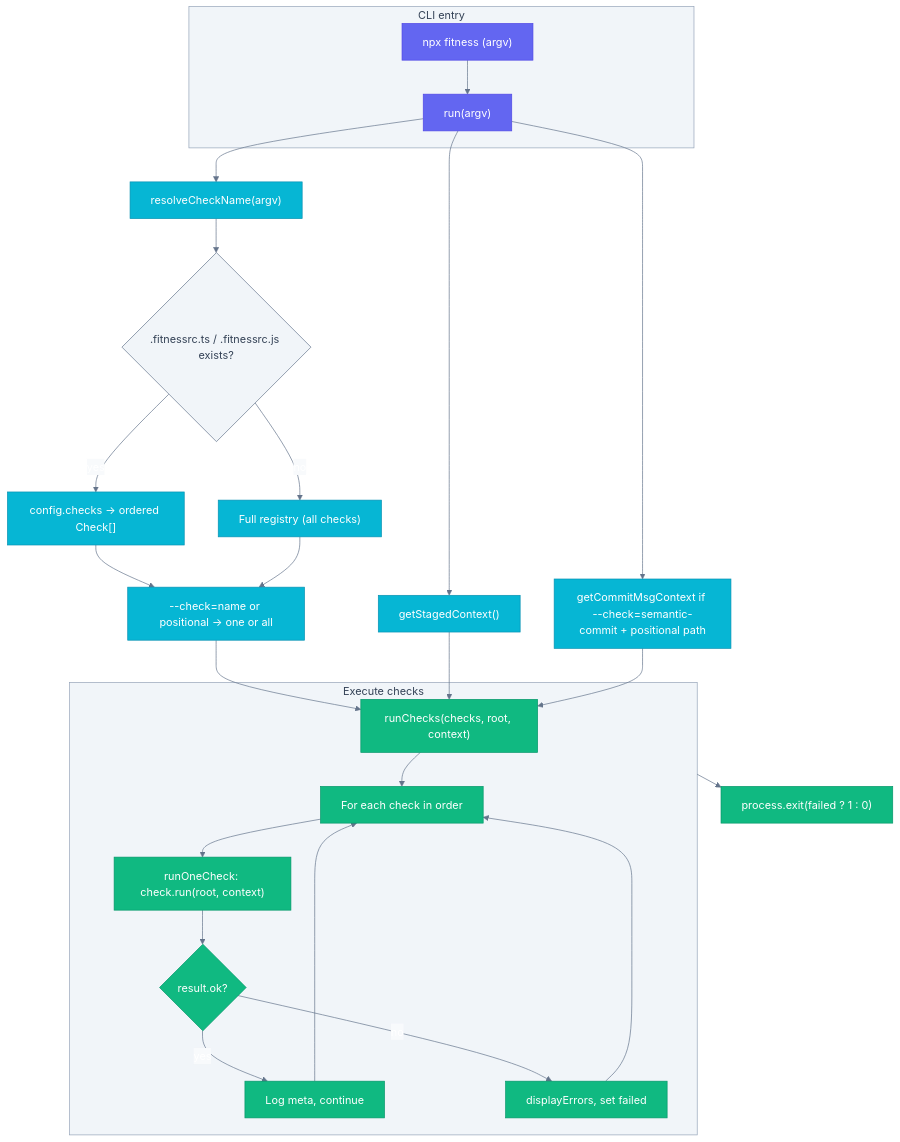
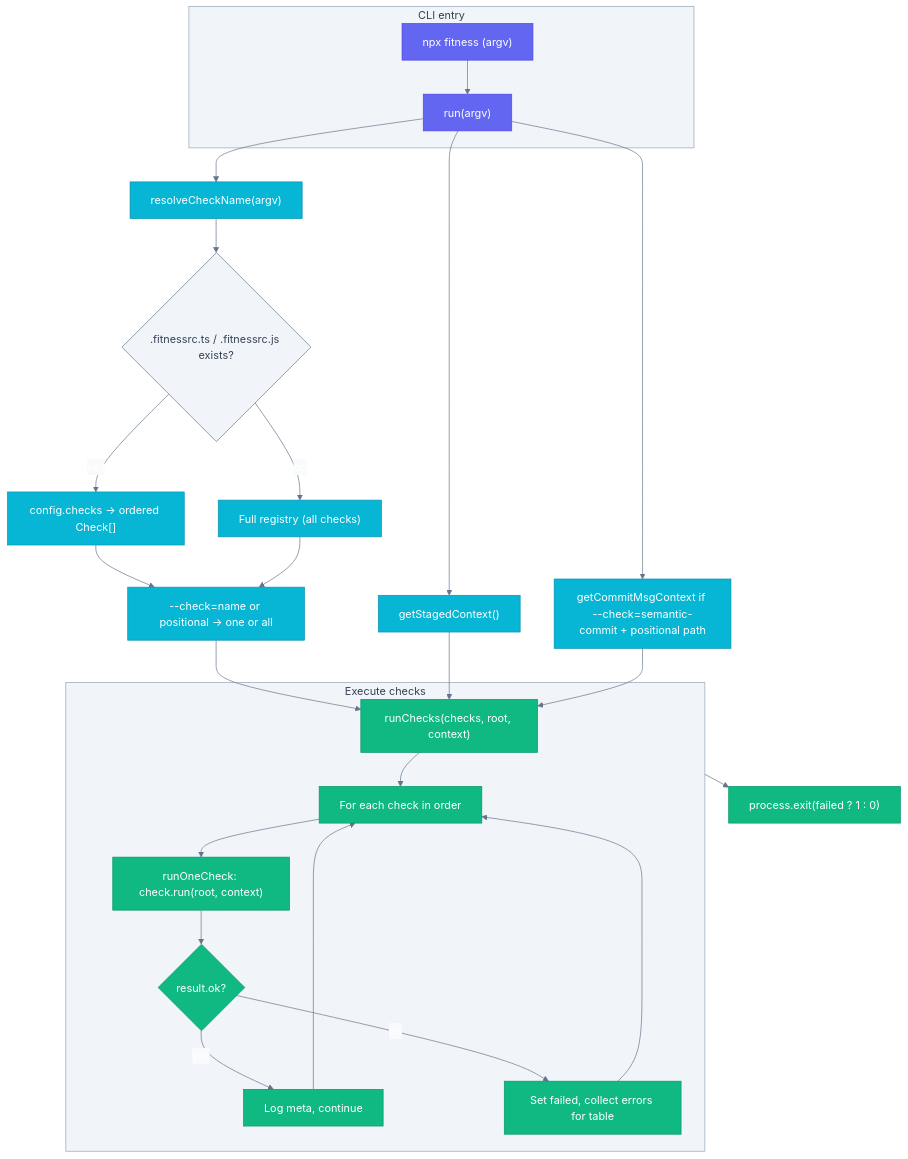
Before and after one commit to may-journal/fitness-runner: the diagram in README.md, drawn with Mermaid. The commit also changed 2 other files, not shown here.

Commit message:
feat(runner): table feedback with colspan row per failed check

````diff
--- a/README.md
+++ b/README.md
@@ -72,60 +72,60 @@
 ```mermaid
 %%{init: {'theme':'base', 'themeVariables': {
   'primaryColor':'#6366f1',
   'primaryTextColor':'#fff',
   'primaryBorderColor':'#4f46e5',
   'secondaryColor':'#06b6d4',
   'secondaryTextColor':'#fff',
   'secondaryBorderColor':'#0891b2',
   'tertiaryColor':'#10b981',
   'tertiaryTextColor':'#fff',
   'tertiaryBorderColor':'#059669',
   'lineColor':'#64748b',
   'background':'#f8fafc',
   'mainBkg':'#e0e7ff',
   'clusterBkg':'#f1f5f9',
   'clusterBorder':'#94a3b8',
   'titleColor':'#334155',
   'edgeLabelBackground':'#f8fafc',
   'nodeTextColor':'#1e293b',
   'fontFamily':'system-ui, sans-serif'
 }}}%%
 flowchart TD
   subgraph CLI["CLI entry"]
     A["npx fitness (argv)"]
     A --> B["run(argv)"]
   end
 
   B --> F["resolveCheckName(argv)"]
   F --> G{".fitnessrc.ts / .fitnessrc.js exists?"}
   G -->|yes| H["config.checks → ordered Check[]"]
   G -->|no| I["Full registry (all checks)"]
   H --> J["--check=name or positional → one or all"]
   I --> J
   J --> K["runChecks(checks, root, context)"]
   B --> E["getStagedContext()"]
   B --> Dctx["getCommitMsgContext if --check=semantic-commit + positional path"]
   E --> K
   Dctx --> K
 
   subgraph Execute["Execute checks"]
     K --> L["For each check in order"]
     L --> M["runOneCheck: check.run(root, context)"]
     M --> N{"result.ok?"}
     N -->|yes| O["Log meta, continue"]
-    N -->|no| P["displayErrors, set failed"]
+    N -->|no| P["Set failed, collect errors for table"]
     O --> L
     P --> L
   end
 
   Execute --> Q["process.exit(failed ? 1 : 0)"]
 
   classDef cli fill:#6366f1,stroke:#4f46e5,color:#fff
   classDef resolve fill:#06b6d4,stroke:#0891b2,color:#fff
   classDef execute fill:#10b981,stroke:#059669,color:#fff
   classDef decision fill:#f1f5f9,stroke:#64748b,color:#334155
   class A,B cli
   class Dctx,E,F,G,H,I,J resolve
   class K,L,M,N,O,P,Q execute
   class G decision
 ```
````
